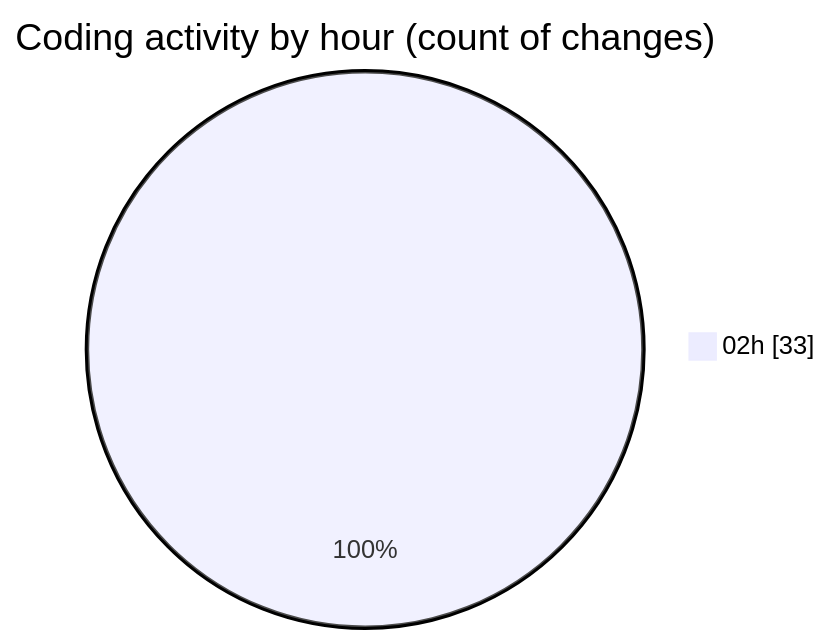
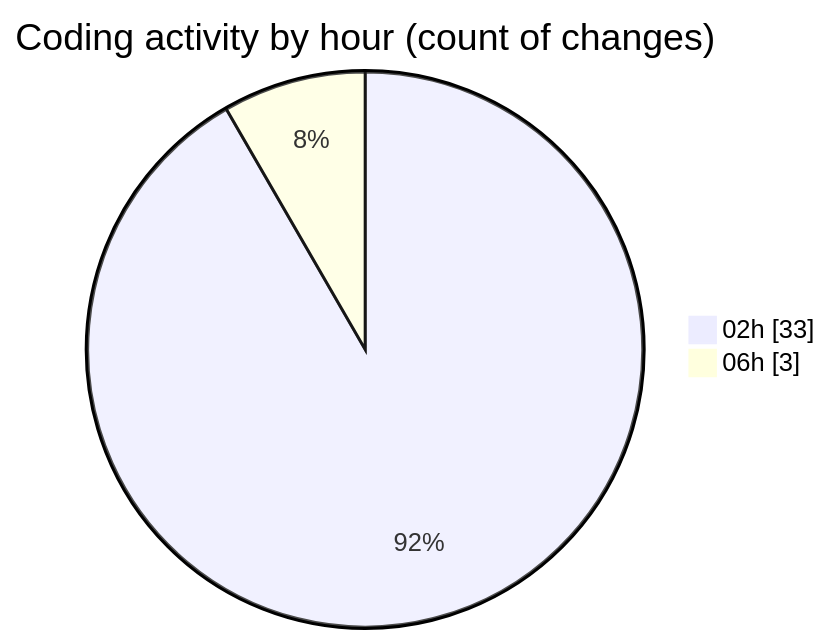
The second of 2 diagrams in 2025-07-20/defer-theme/README.md (EIIisD/code-tracking), drawn with Mermaid before and after one commit. The commit also changed other lines of this file and 1 other file, not shown here.

````diff
--- a/2025-07-20/defer-theme/README.md
+++ b/2025-07-20/defer-theme/README.md
@@ -61,5 +63,6 @@
 ```mermaid
 pie showData
 title Coding activity by hour (count of changes)
 "02h" : 33
+"06h" : 3
 ```
````
